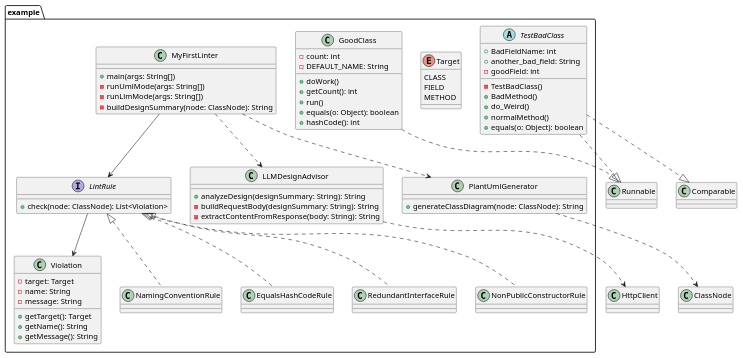
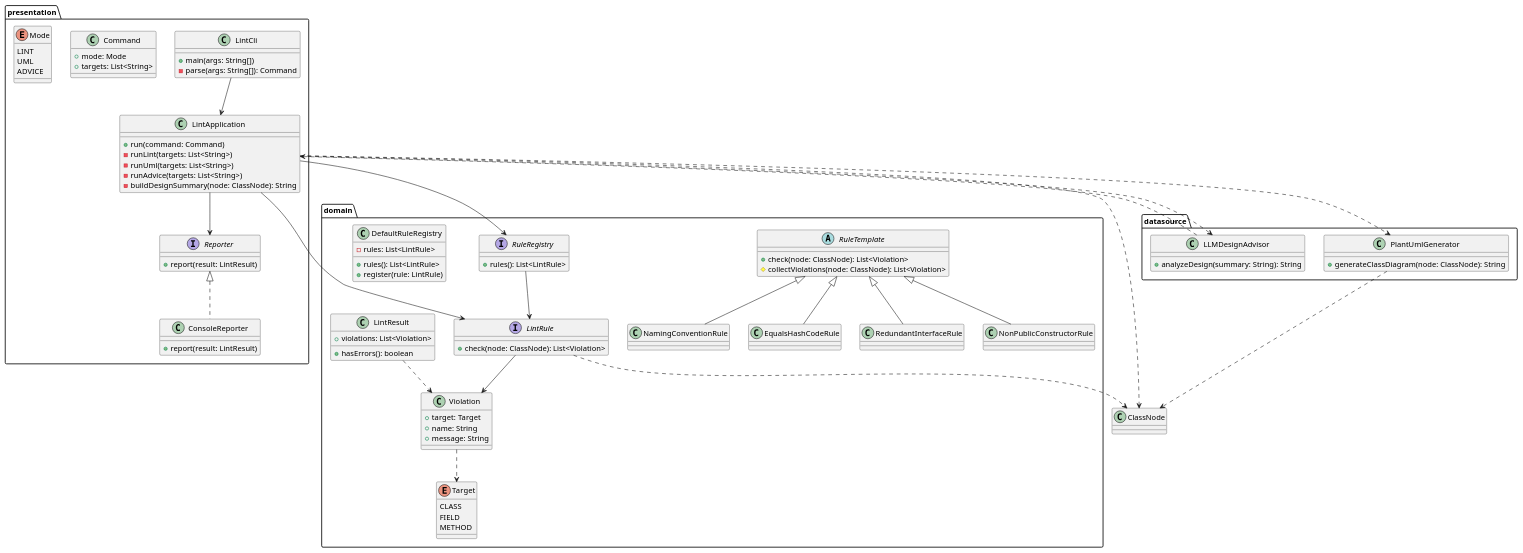
One commit to nu-cs-sw-design/project-20252601-ij-tech-support changed the diagram in docs/design/design.puml. Above: the diagram before and after it, drawn with PlantUML. The commit also changed 16 other files, not shown here.

Commit message:
fixed code and created final UML

```diff
--- a/docs/design/design.puml
+++ b/docs/design/design.puml
@@ -1,82 +1,113 @@
 @startuml
-package example {
+
+package presentation {
+  class LintCli {
+    +main(args: String[])
+    -parse(args: String[]): Command
+  }
+
+  class LintApplication {
+    +run(command: Command)
+    -runLint(targets: List<String>)
+    -runUml(targets: List<String>)
+    -runAdvice(targets: List<String>)
+    -buildDesignSummary(node: ClassNode): String
+  }
+
+  class Command {
+    +mode: Mode
+    +targets: List<String>
+  }
+
+  enum Mode {
+    LINT
+    UML
+    ADVICE
+  }
+
+  interface Reporter {
+    +report(result: LintResult)
+  }
+
+  class ConsoleReporter {
+    +report(result: LintResult)
+  }
+}
+
+package domain {
   interface LintRule {
     +check(node: ClassNode): List<Violation>
   }
 
-  class MyFirstLinter {
-    +main(args: String[])
-    -runUmlMode(args: String[])
-    -runLlmMode(args: String[])
-    -buildDesignSummary(node: ClassNode): String
+  abstract class RuleTemplate {
+    +check(node: ClassNode): List<Violation>
+    #collectViolations(node: ClassNode): List<Violation>
   }
 
-  class LLMDesignAdvisor {
-    +analyzeDesign(designSummary: String): String
-    -buildRequestBody(designSummary: String): String
-    -extractContentFromResponse(body: String): String
+  class NamingConventionRule
+  class EqualsHashCodeRule
+  class RedundantInterfaceRule
+  class NonPublicConstructorRule
+
+  interface RuleRegistry {
+    +rules(): List<LintRule>
   }
 
-  class PlantUmlGenerator {
-    +generateClassDiagram(node: ClassNode): String
+  class DefaultRuleRegistry {
+    -rules: List<LintRule>
+    +rules(): List<LintRule>
+    +register(rule: LintRule)
   }
 
   class Violation {
-    -target: Target
-    -name: String
-    -message: String
-    +getTarget(): Target
-    +getName(): String
-    +getMessage(): String
+    +target: Target
+    +name: String
+    +message: String
   }
 
   enum Target {
     CLASS
     FIELD
     METHOD
   }
 
-  class NamingConventionRule
-  class EqualsHashCodeRule
-  class RedundantInterfaceRule
-  class NonPublicConstructorRule
-
-  class GoodClass {
-    -count: int
-    -DEFAULT_NAME: String
-    +doWork()
-    +getCount(): int
-    +run()
-    +equals(o: Object): boolean
-    +hashCode(): int
-  }
-
-  abstract class TestBadClass {
-    +BadFieldName: int
-    +another_bad_field: String
-    -goodField: int
-    -TestBadClass()
-    +BadMethod()
-    +do_Weird()
-    +normalMethod()
-    +equals(o: Object): boolean
+  class LintResult {
+    +violations: List<Violation>
+    +hasErrors(): boolean
   }
 }
 
-LintRule <|.. NamingConventionRule
-LintRule <|.. EqualsHashCodeRule
-LintRule <|.. RedundantInterfaceRule
-LintRule <|.. NonPublicConstructorRule
+package datasource {
+  class PlantUmlGenerator {
+    +generateClassDiagram(node: ClassNode): String
+  }
+
+  class LLMDesignAdvisor {
+    +analyzeDesign(summary: String): String
+  }
+}
+
+LintCli --> LintApplication
+LintApplication --> RuleRegistry
+LintApplication --> LintRule
+LintApplication --> Reporter
+LintApplication ..> PlantUmlGenerator
+LintApplication ..> LLMDesignAdvisor
+
+RuleRegistry --> LintRule
+RuleTemplate <|-- NamingConventionRule
+RuleTemplate <|-- EqualsHashCodeRule
+RuleTemplate <|-- RedundantInterfaceRule
+RuleTemplate <|-- NonPublicConstructorRule
 LintRule --> Violation
+LintResult ..> Violation
+Violation ..> Target
 
-MyFirstLinter --> LintRule
-MyFirstLinter ..> PlantUmlGenerator
-MyFirstLinter ..> LLMDesignAdvisor
+Reporter <|.. ConsoleReporter
+
 PlantUmlGenerator ..> ClassNode
-LLMDesignAdvisor ..> HttpClient
-
-GoodClass ..|> Runnable
-TestBadClass ..|> Runnable
-TestBadClass ..|> Comparable
+LintRule ..> ClassNode
+LintApplication ..> ClassNode
+LLMDesignAdvisor ..> LintApplication
 
 @enduml
```
